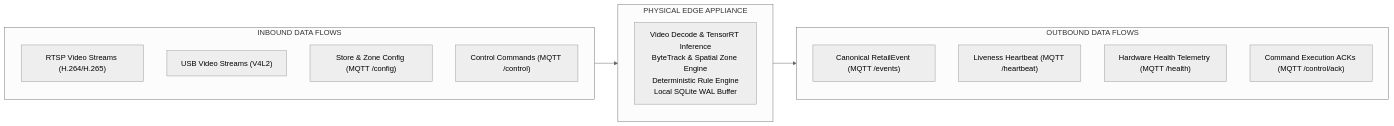
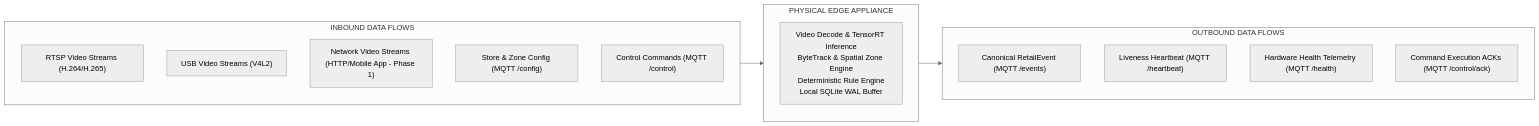
One commit to sundramdotdev/retail_intelligencia changed the diagram in docs/hardware/edge-input-output.md. Above: the diagram before and after it, drawn with Mermaid (neutral theme). The commit also changed other lines of this file and 33 other files, not shown here.

````diff
--- a/docs/hardware/edge-input-output.md
+++ b/docs/hardware/edge-input-output.md
@@ -11,26 +11,27 @@
 ```mermaid
 flowchart LR
     subgraph Inbound["INBOUND DATA FLOWS"]
         direction TB
         I1["RTSP Video Streams (H.264/H.265)"]
         I2["USB Video Streams (V4L2)"]
+        I5["Network Video Streams (HTTP/Mobile App - Phase 1)"]
         I3["Store & Zone Config (MQTT /config)"]
         I4["Control Commands (MQTT /control)"]
     end
 
     subgraph EdgeNode["PHYSICAL EDGE APPLIANCE"]
         direction TB
         Core["Video Decode & TensorRT Inference<br/>ByteTrack & Spatial Zone Engine<br/>Deterministic Rule Engine<br/>Local SQLite WAL Buffer"]
     end
 
     subgraph Outbound["OUTBOUND DATA FLOWS"]
         direction TB
         O1["Canonical RetailEvent (MQTT /events)"]
         O2["Liveness Heartbeat (MQTT /heartbeat)"]
         O3["Hardware Health Telemetry (MQTT /health)"]
         O4["Command Execution ACKs (MQTT /control/ack)"]
     end
 
     Inbound --> EdgeNode
     EdgeNode --> Outbound
 ```
````
